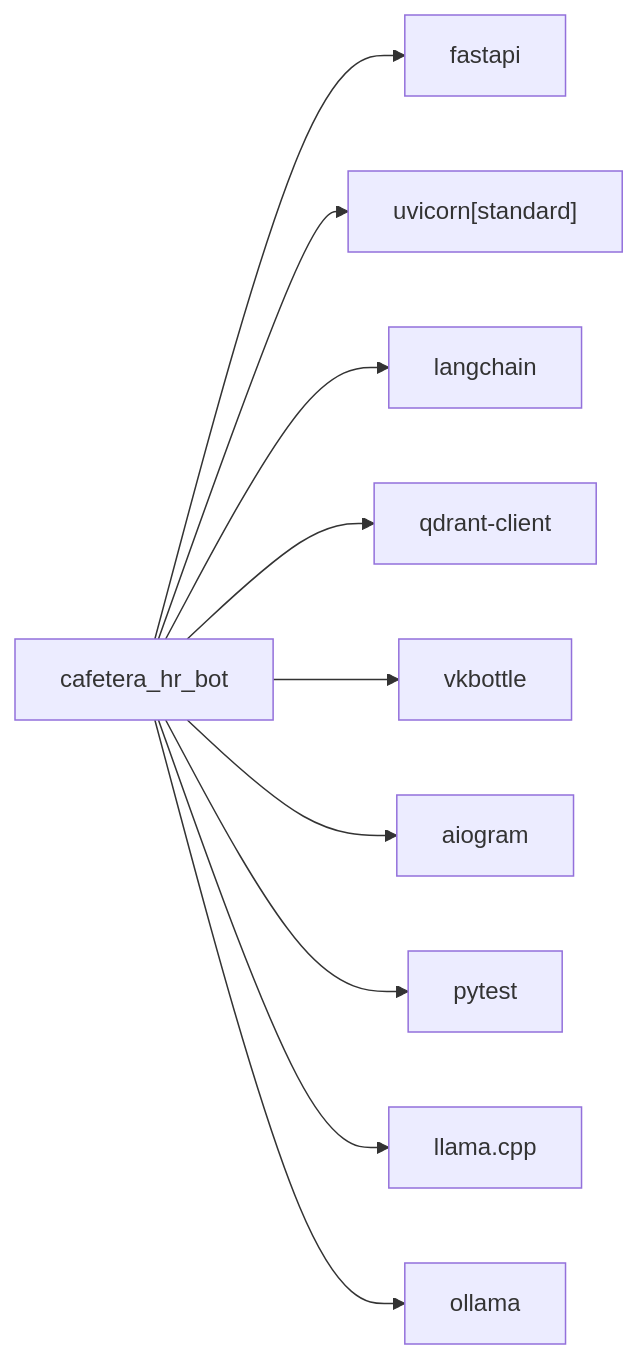
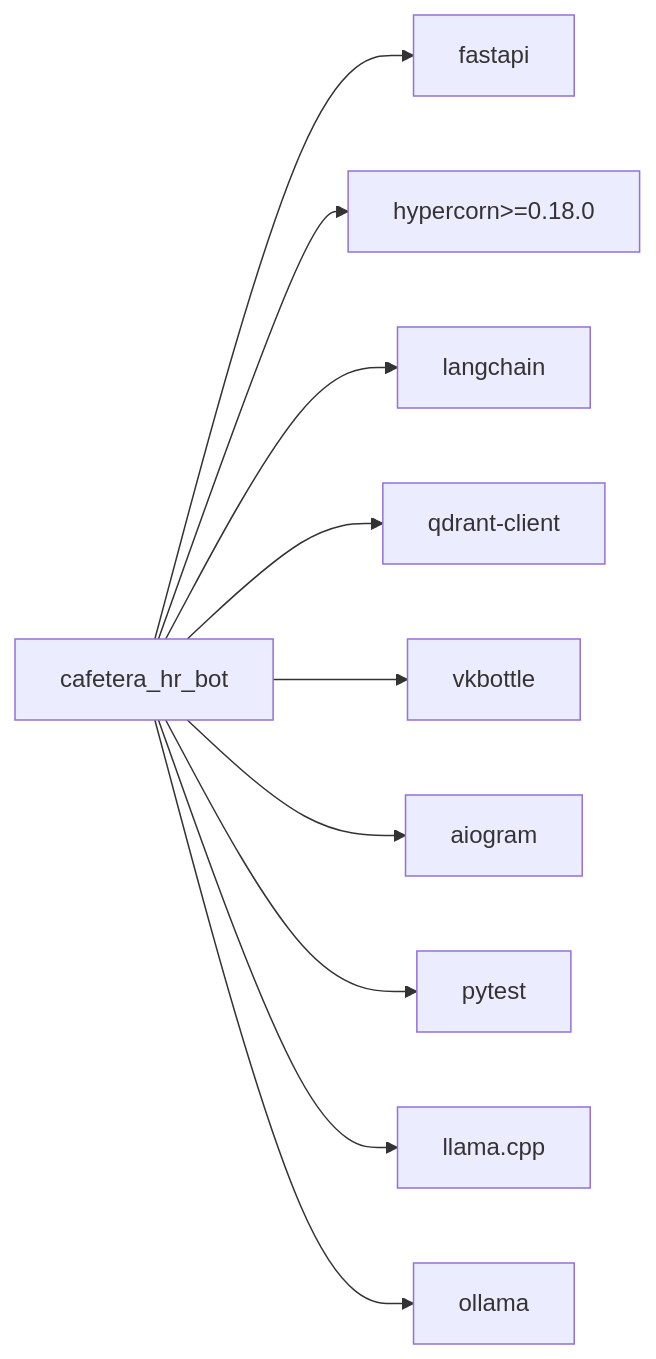
Before and after one commit to ognelis/cafetera_hr_bot: the ninth of 9 diagrams in .qoder/repowiki/en/content/Deployment and Operations.md, drawn with Mermaid. The commit also changed other lines of this file and 11 other files, not shown here.

````diff
--- a/.qoder/repowiki/en/content/Deployment and Operations.md
+++ b/.qoder/repowiki/en/content/Deployment and Operations.md
@@ -335,22 +374,22 @@
 ```mermaid
 graph LR
 App["cafetera_hr_bot"]
 FastAPI["fastapi"]
-Uvicorn["uvicorn[standard]"]
+Hypercorn["hypercorn>=0.18.0"]
 LangChain["langchain"]
 QdrantClient["qdrant-client"]
 VK["vkbottle"]
 Telegram["aiogram"]
 Tests["pytest"]
 LlamaCpp["llama.cpp"]
 Ollama["ollama"]
 App --> FastAPI
-App --> Uvicorn
+App --> Hypercorn
 App --> LangChain
 App --> QdrantClient
 App --> VK
 App --> Telegram
 App --> Tests
 App --> LlamaCpp
 App --> Ollama
 ```
````
